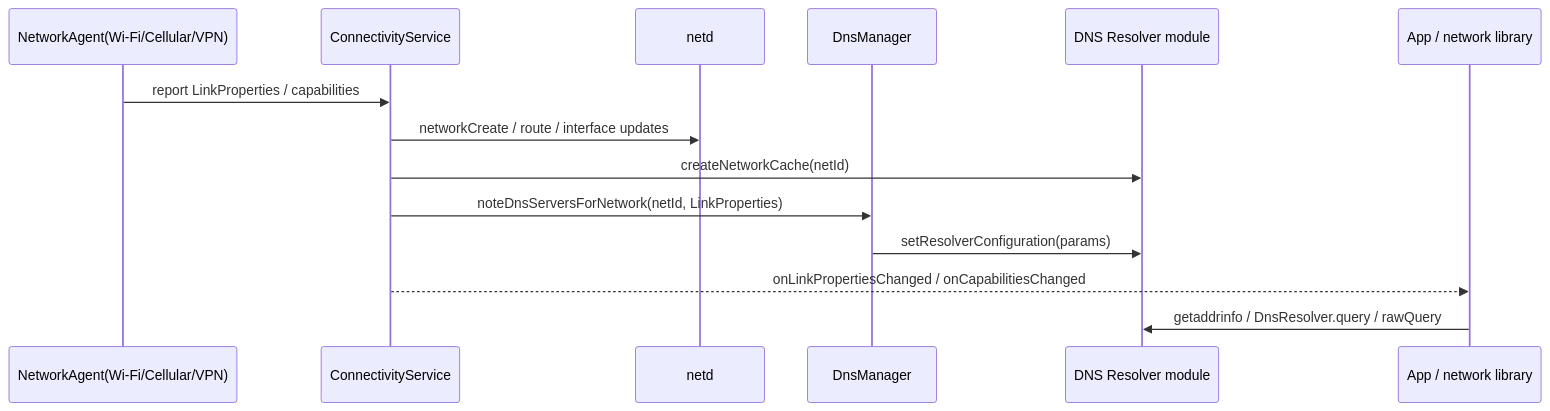
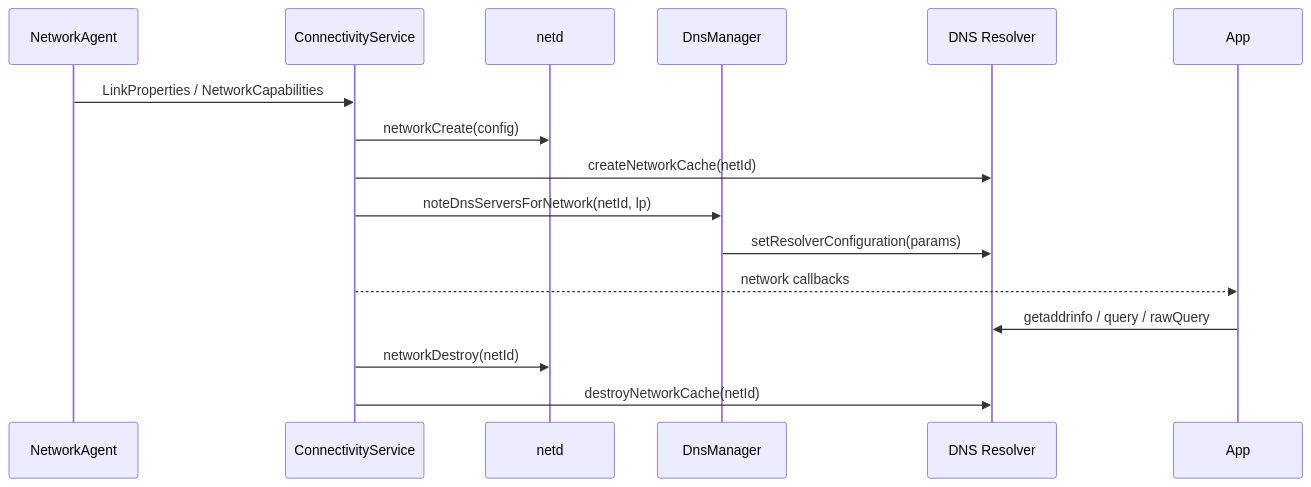
Before and after one commit to Gracker/android-internals-wiki: the diagram in src/part2-performance/ch12-apk-network/06-netd-dnsresolver-network-diagnostics.md, drawn with Mermaid. The commit also changed other lines of this file, not shown here.

Commit message:
rebuild Android 17 DNS resolver diagnostics

````diff
--- a/src/part2-performance/ch12-apk-network/06-netd-dnsresolver-network-diagnostics.md
+++ b/src/part2-performance/ch12-apk-network/06-netd-dnsresolver-network-diagnostics.md
@@ -115,17 +152,19 @@
 ```mermaid
 sequenceDiagram
-    participant Agent as NetworkAgent(Wi-Fi/Cellular/VPN)
+    participant NA as NetworkAgent
     participant CS as ConnectivityService
-    participant Netd as netd
+    participant ND as netd
     participant DM as DnsManager
-    participant Resolver as DNS Resolver module
-    participant App as App / network library
+    participant DR as DNS Resolver
+    participant APP as App
 
-    Agent->>CS: report LinkProperties / capabilities
-    CS->>Netd: networkCreate / route / interface updates
-    CS->>Resolver: createNetworkCache(netId)
-    CS->>DM: noteDnsServersForNetwork(netId, LinkProperties)
-    DM->>Resolver: setResolverConfiguration(params)
-    CS-->>App: onLinkPropertiesChanged / onCapabilitiesChanged
-    App->>Resolver: getaddrinfo / DnsResolver.query / rawQuery
+    NA->>CS: LinkProperties / NetworkCapabilities
+    CS->>ND: networkCreate(config)
+    CS->>DR: createNetworkCache(netId)
+    CS->>DM: noteDnsServersForNetwork(netId, lp)
+    DM->>DR: setResolverConfiguration(params)
+    CS-->>APP: network callbacks
+    APP->>DR: getaddrinfo / query / rawQuery
+    CS->>ND: networkDestroy(netId)
+    CS->>DR: destroyNetworkCache(netId)
 ```
````
